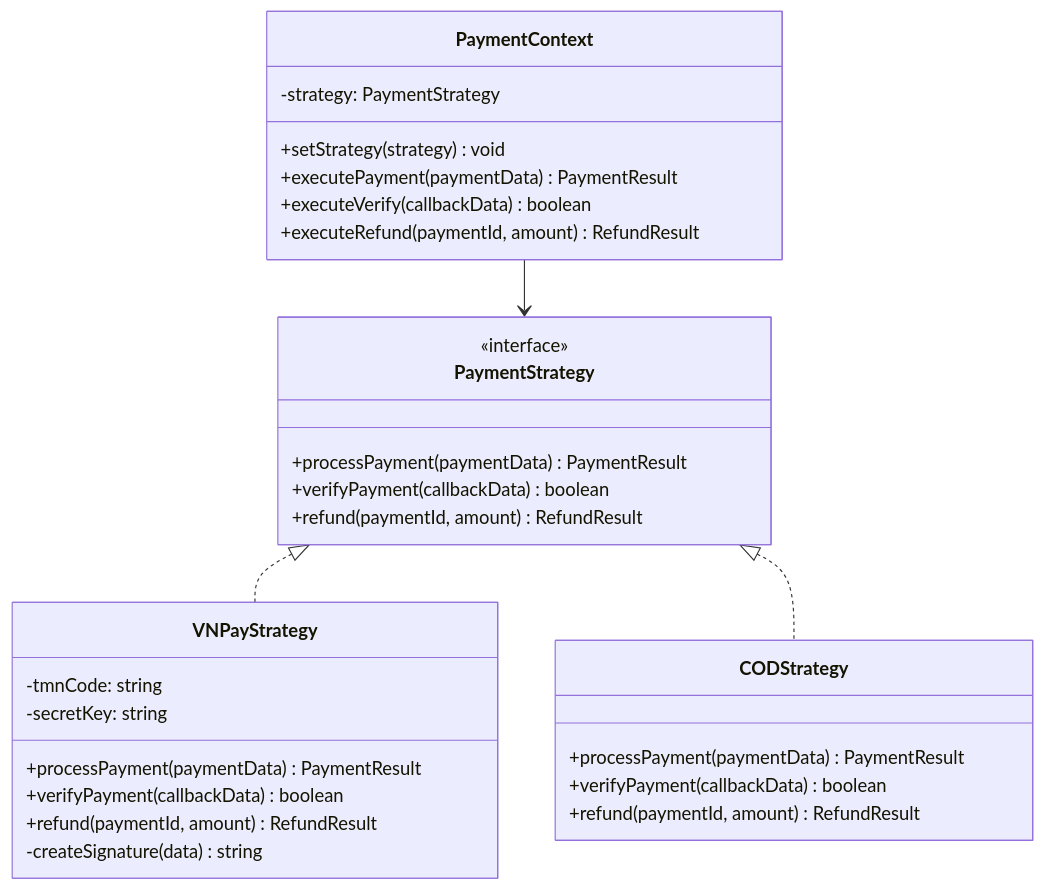
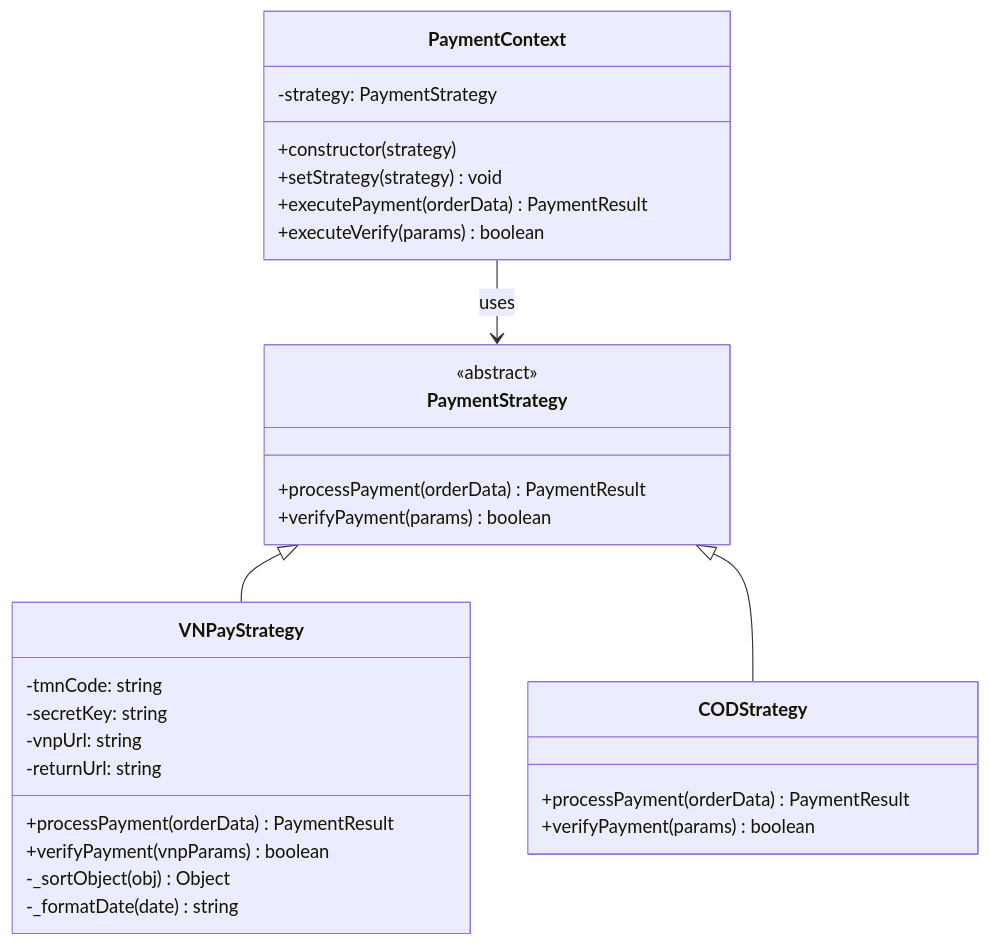
One commit to nguyensykimbang321-arch/KTvsTKPM changed the first of 6 diagrams in docs/design-patterns.md. Above: the diagram before and after it, drawn with Mermaid. The commit also changed other lines of this file and 7 other files, not shown here.

````diff
--- a/docs/design-patterns.md
+++ b/docs/design-patterns.md
@@ -32,36 +39,36 @@
 ```mermaid
 classDiagram
     class PaymentStrategy {
-        <<interface>>
-        +processPayment(paymentData) PaymentResult
-        +verifyPayment(callbackData) boolean
-        +refund(paymentId, amount) RefundResult
+        <<abstract>>
+        +processPayment(orderData) PaymentResult
+        +verifyPayment(params) boolean
     }
 
     class VNPayStrategy {
         -tmnCode: string
         -secretKey: string
-        +processPayment(paymentData) PaymentResult
-        +verifyPayment(callbackData) boolean
-        +refund(paymentId, amount) RefundResult
-        -createSignature(data) string
+        -vnpUrl: string
+        -returnUrl: string
+        +processPayment(orderData) PaymentResult
+        +verifyPayment(vnpParams) boolean
+        -_sortObject(obj) Object
+        -_formatDate(date) string
     }
 
     class CODStrategy {
-        +processPayment(paymentData) PaymentResult
-        +verifyPayment(callbackData) boolean
-        +refund(paymentId, amount) RefundResult
+        +processPayment(orderData) PaymentResult
+        +verifyPayment(params) boolean
     }
 
     class PaymentContext {
         -strategy: PaymentStrategy
+        +constructor(strategy)
         +setStrategy(strategy) void
-        +executePayment(paymentData) PaymentResult
-        +executeVerify(callbackData) boolean
-        +executeRefund(paymentId, amount) RefundResult
+        +executePayment(orderData) PaymentResult
+        +executeVerify(params) boolean
     }
 
-    PaymentStrategy <|.. VNPayStrategy
-    PaymentStrategy <|.. CODStrategy
-    PaymentContext --> PaymentStrategy
+    PaymentStrategy <|-- VNPayStrategy
+    PaymentStrategy <|-- CODStrategy
+    PaymentContext --> PaymentStrategy : uses
 ```
````
